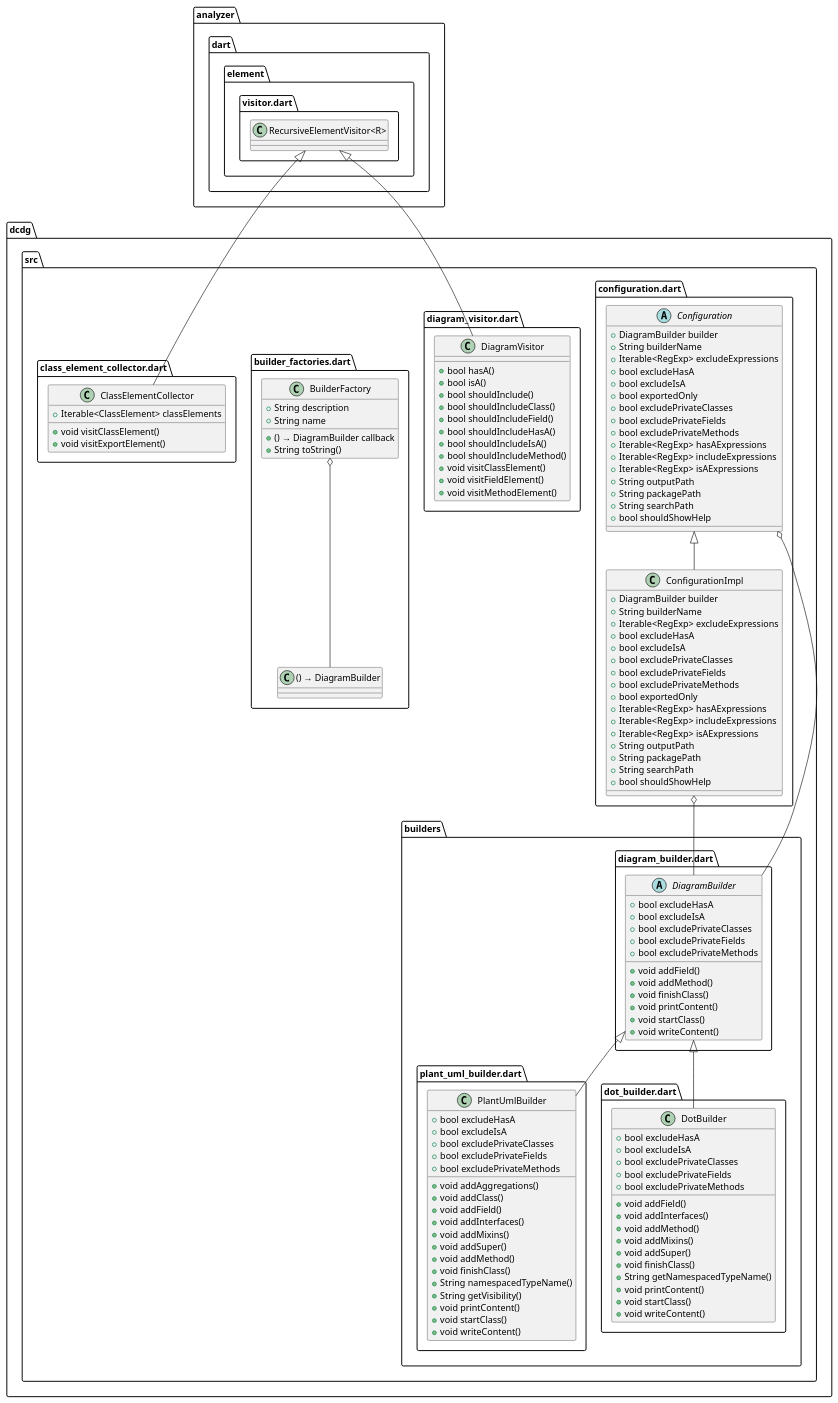
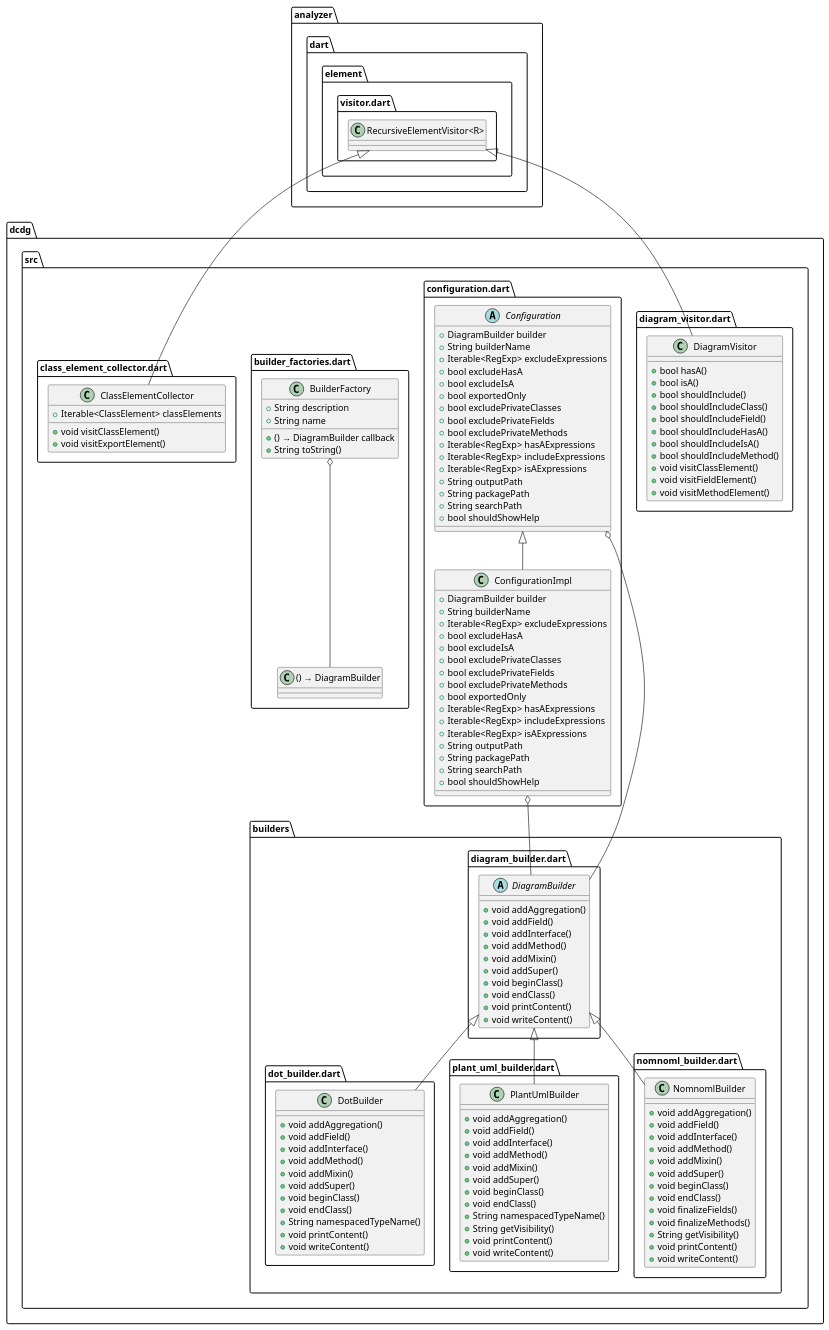
One commit to glesica/dcdg.dart changed the diagram in example/dcdg.puml. Above: the diagram before and after it, drawn with PlantUML. The commit also changed 15 other files, not shown here.

Commit message:
Refactor builder and add basic nomnoml support

```diff
--- a/example/dcdg.puml
+++ b/example/dcdg.puml
@@ -1,146 +1,154 @@
 @startuml
 set namespaceSeparator ::
+
+class "dcdg::src::diagram_visitor.dart::DiagramVisitor" {
+  +bool hasA()
+  +bool isA()
+  +bool shouldInclude()
+  +bool shouldIncludeClass()
+  +bool shouldIncludeField()
+  +bool shouldIncludeHasA()
+  +bool shouldIncludeIsA()
+  +bool shouldIncludeMethod()
+  +void visitClassElement()
+  +void visitFieldElement()
+  +void visitMethodElement()
+}
+
+"analyzer::dart::element::visitor.dart::RecursiveElementVisitor<R>" <|-- "dcdg::src::diagram_visitor.dart::DiagramVisitor"
+
+
+class "dcdg::src::builders::dot_builder.dart::DotBuilder" {
+  +void addAggregation()
+  +void addField()
+  +void addInterface()
+  +void addMethod()
+  +void addMixin()
+  +void addSuper()
+  +void beginClass()
+  +void endClass()
+  +String namespacedTypeName()
+  +void printContent()
+  +void writeContent()
+}
+
+"dcdg::src::builders::diagram_builder.dart::DiagramBuilder" <|-- "dcdg::src::builders::dot_builder.dart::DotBuilder"
+
+
+class "dcdg::src::builders::plant_uml_builder.dart::PlantUmlBuilder" {
+  +void addAggregation()
+  +void addField()
+  +void addInterface()
+  +void addMethod()
+  +void addMixin()
+  +void addSuper()
+  +void beginClass()
+  +void endClass()
+  +String namespacedTypeName()
+  +String getVisibility()
+  +void printContent()
+  +void writeContent()
+}
+
+"dcdg::src::builders::diagram_builder.dart::DiagramBuilder" <|-- "dcdg::src::builders::plant_uml_builder.dart::PlantUmlBuilder"
+
+
+abstract class "dcdg::src::builders::diagram_builder.dart::DiagramBuilder" {
+  +void addAggregation()
+  +void addField()
+  +void addInterface()
+  +void addMethod()
+  +void addMixin()
+  +void addSuper()
+  +void beginClass()
+  +void endClass()
+  +void printContent()
+  +void writeContent()
+}
+
+
+
+class "dcdg::src::builders::nomnoml_builder.dart::NomnomlBuilder" {
+  +void addAggregation()
+  +void addField()
+  +void addInterface()
+  +void addMethod()
+  +void addMixin()
+  +void addSuper()
+  +void beginClass()
+  +void endClass()
+  +void finalizeFields()
+  +void finalizeMethods()
+  +String getVisibility()
+  +void printContent()
+  +void writeContent()
+}
+
+"dcdg::src::builders::diagram_builder.dart::DiagramBuilder" <|-- "dcdg::src::builders::nomnoml_builder.dart::NomnomlBuilder"
+
 
 abstract class "dcdg::src::configuration.dart::Configuration" {
   +DiagramBuilder builder
   +String builderName
   +Iterable<RegExp> excludeExpressions
   +bool excludeHasA
   +bool excludeIsA
   +bool exportedOnly
   +bool excludePrivateClasses
   +bool excludePrivateFields
   +bool excludePrivateMethods
   +Iterable<RegExp> hasAExpressions
   +Iterable<RegExp> includeExpressions
   +Iterable<RegExp> isAExpressions
   +String outputPath
   +String packagePath
   +String searchPath
   +bool shouldShowHelp
 }
 
 "dcdg::src::configuration.dart::Configuration" o-- "dcdg::src::builders::diagram_builder.dart::DiagramBuilder"
 
 
 class "dcdg::src::configuration.dart::ConfigurationImpl" {
   +DiagramBuilder builder
   +String builderName
   +Iterable<RegExp> excludeExpressions
   +bool excludeHasA
   +bool excludeIsA
   +bool excludePrivateClasses
   +bool excludePrivateFields
   +bool excludePrivateMethods
   +bool exportedOnly
   +Iterable<RegExp> hasAExpressions
   +Iterable<RegExp> includeExpressions
   +Iterable<RegExp> isAExpressions
   +String outputPath
   +String packagePath
   +String searchPath
   +bool shouldShowHelp
 }
 
+"dcdg::src::configuration.dart::ConfigurationImpl" o-- "dcdg::src::builders::diagram_builder.dart::DiagramBuilder"
 "dcdg::src::configuration.dart::Configuration" <|-- "dcdg::src::configuration.dart::ConfigurationImpl"
-"dcdg::src::configuration.dart::ConfigurationImpl" o-- "dcdg::src::builders::diagram_builder.dart::DiagramBuilder"
-
-
-class "dcdg::src::diagram_visitor.dart::DiagramVisitor" {
-  +bool hasA()
-  +bool isA()
-  +bool shouldInclude()
-  +bool shouldIncludeClass()
-  +bool shouldIncludeField()
-  +bool shouldIncludeHasA()
-  +bool shouldIncludeIsA()
-  +bool shouldIncludeMethod()
-  +void visitClassElement()
-  +void visitFieldElement()
-  +void visitMethodElement()
-}
-
-"analyzer::dart::element::visitor.dart::RecursiveElementVisitor<R>" <|-- "dcdg::src::diagram_visitor.dart::DiagramVisitor"
-
-
-class "dcdg::src::builders::plant_uml_builder.dart::PlantUmlBuilder" {
-  +bool excludeHasA
-  +bool excludeIsA
-  +bool excludePrivateClasses
-  +bool excludePrivateFields
-  +bool excludePrivateMethods
-  +void addAggregations()
-  +void addClass()
-  +void addField()
-  +void addInterfaces()
-  +void addMixins()
-  +void addSuper()
-  +void addMethod()
-  +void finishClass()
-  +String namespacedTypeName()
-  +String getVisibility()
-  +void printContent()
-  +void startClass()
-  +void writeContent()
-}
-
-"dcdg::src::builders::diagram_builder.dart::DiagramBuilder" <|-- "dcdg::src::builders::plant_uml_builder.dart::PlantUmlBuilder"
-
-
-class "dcdg::src::builders::dot_builder.dart::DotBuilder" {
-  +bool excludeHasA
-  +bool excludeIsA
-  +bool excludePrivateClasses
-  +bool excludePrivateFields
-  +bool excludePrivateMethods
-  +void addField()
-  +void addInterfaces()
-  +void addMethod()
-  +void addMixins()
-  +void addSuper()
-  +void finishClass()
-  +String getNamespacedTypeName()
-  +void printContent()
-  +void startClass()
-  +void writeContent()
-}
-
-"dcdg::src::builders::diagram_builder.dart::DiagramBuilder" <|-- "dcdg::src::builders::dot_builder.dart::DotBuilder"
-
-
-abstract class "dcdg::src::builders::diagram_builder.dart::DiagramBuilder" {
-  +bool excludeHasA
-  +bool excludeIsA
-  +bool excludePrivateClasses
-  +bool excludePrivateFields
-  +bool excludePrivateMethods
-  +void addField()
-  +void addMethod()
-  +void finishClass()
-  +void printContent()
-  +void startClass()
-  +void writeContent()
-}
-
 
 
 class "dcdg::src::builder_factories.dart::BuilderFactory" {
   +() → DiagramBuilder callback
   +String description
   +String name
   +String toString()
 }
 
 "dcdg::src::builder_factories.dart::BuilderFactory" o-- "dcdg::src::builder_factories.dart::() → DiagramBuilder"
 
 
 class "dcdg::src::class_element_collector.dart::ClassElementCollector" {
   +Iterable<ClassElement> classElements
   +void visitClassElement()
   +void visitExportElement()
 }
 
 "analyzer::dart::element::visitor.dart::RecursiveElementVisitor<R>" <|-- "dcdg::src::class_element_collector.dart::ClassElementCollector"
 
 
 @enduml
```
